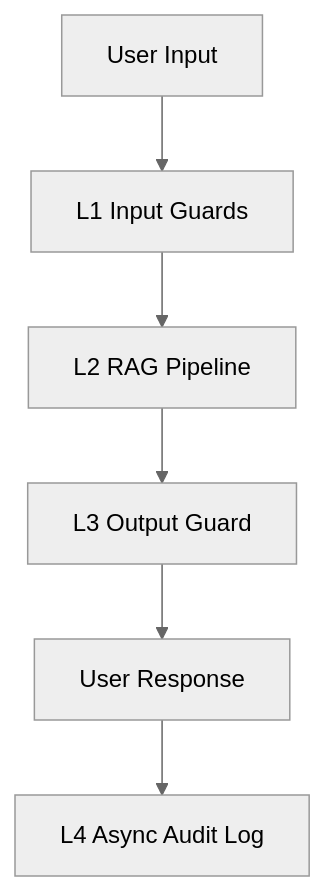
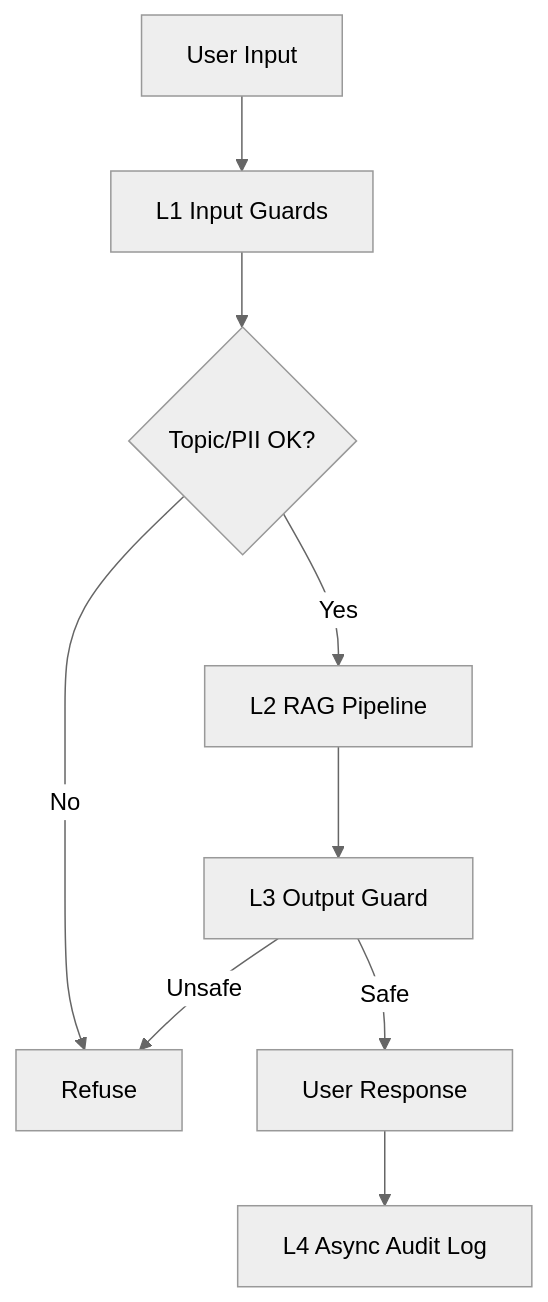
One commit to MinhHai0227/2A202600493-ThaiDoanMinhHai-ragas-guardrail changed the diagram in phase-d/blueprint.md. Above: the diagram before and after it, drawn with Mermaid (neutral theme). The commit also changed other lines of this file and 16 other files, not shown here.

````diff
--- a/phase-d/blueprint.md
+++ b/phase-d/blueprint.md
@@ -15,8 +17,11 @@
 ```mermaid
 graph TD
 A[User Input] --> B[L1 Input Guards]
-B --> C[L2 RAG Pipeline]
-C --> D[L3 Output Guard]
-D --> E[User Response]
-E --> F[L4 Async Audit Log]
+B --> C{Topic/PII OK?}
+C -->|No| X[Refuse]
+C -->|Yes| D[L2 RAG Pipeline]
+D --> E[L3 Output Guard]
+E -->|Unsafe| X
+E -->|Safe| F[User Response]
+F --> G[L4 Async Audit Log]
 ```
````
